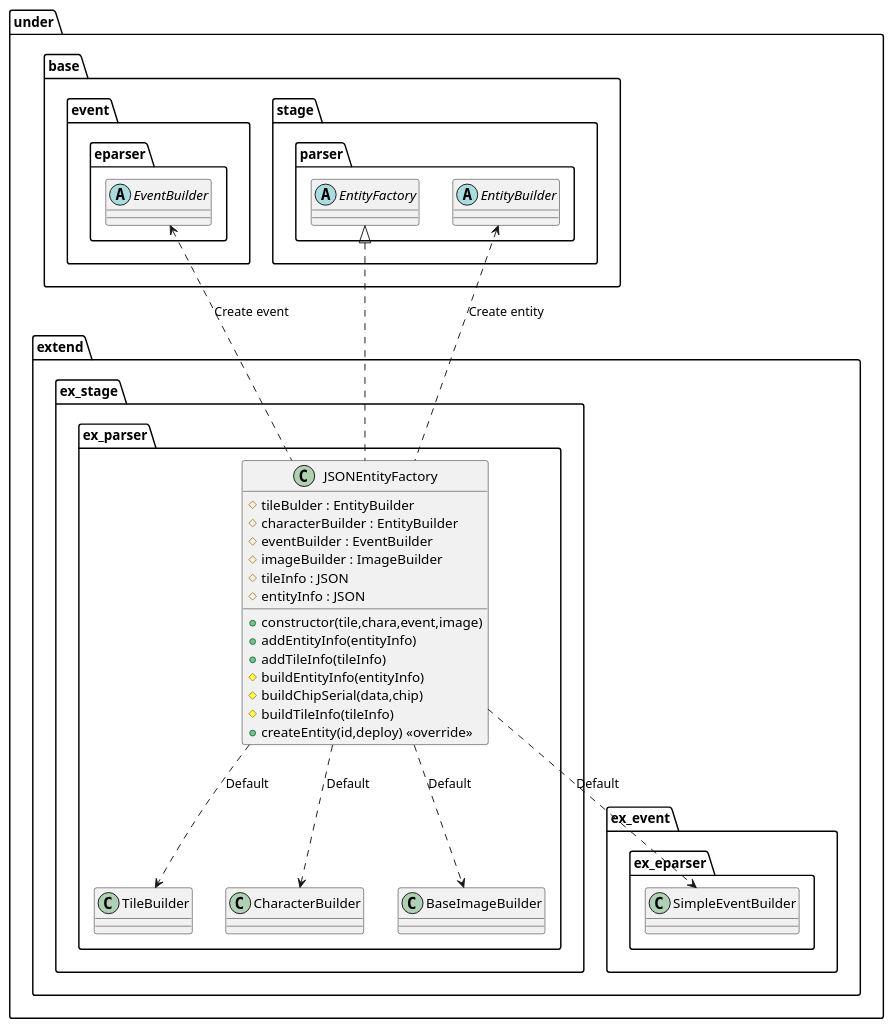
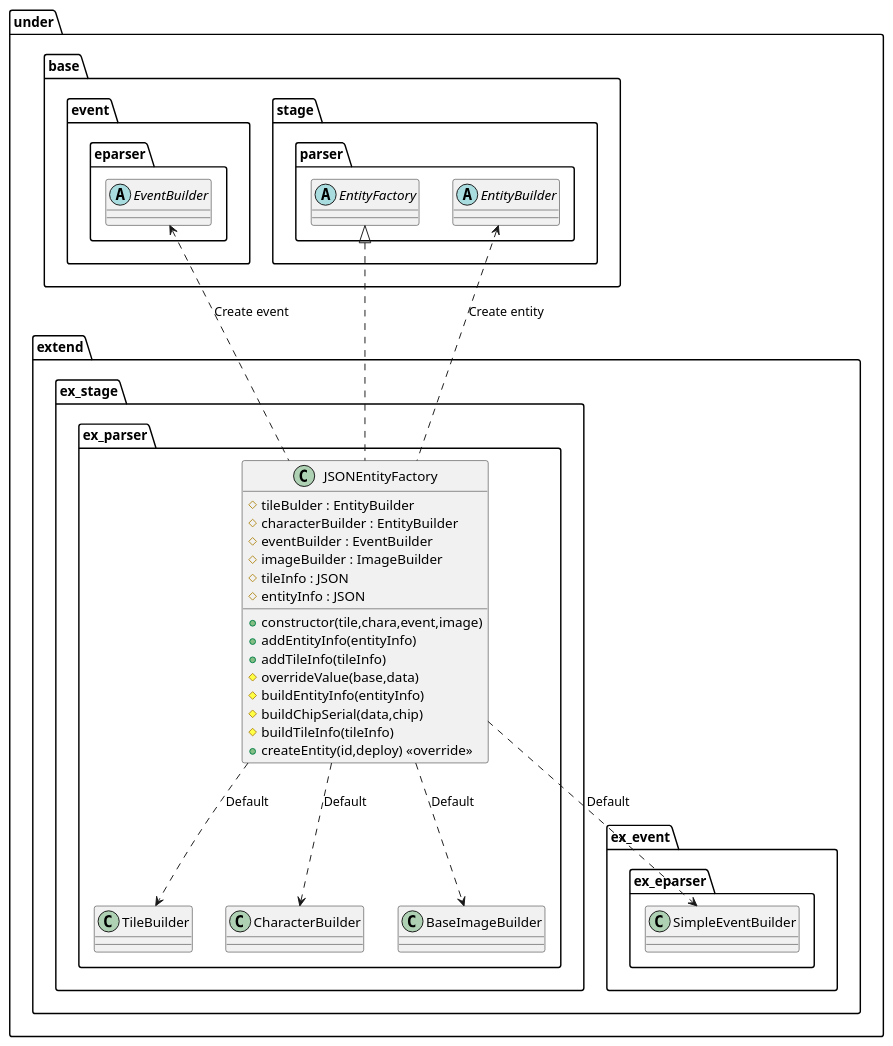
One commit to Expine/Under changed the diagram in uml/parser/Factory.wsd. Above: the diagram before and after it, drawn with PlantUML. The commit also changed 42 other files, not shown here.

```diff
--- a/uml/parser/Factory.wsd
+++ b/uml/parser/Factory.wsd
@@ -1,67 +1,68 @@
 @startuml ParserFactory
 
 package under {
     package extend {
         package ex_stage {
             package ex_parser {
                 class JSONEntityFactory {
                     +constructor(tile,chara,event,image)
                     #tileBulder : EntityBuilder
                     #characterBuilder : EntityBuilder
                     #eventBuilder : EventBuilder
                     #imageBuilder : ImageBuilder
                     #tileInfo : JSON
                     #entityInfo : JSON
                     +addEntityInfo(entityInfo)
                     +addTileInfo(tileInfo)
+                    #overrideValue(base,data)
                     #buildEntityInfo(entityInfo)
                     #buildChipSerial(data,chip)
                     #buildTileInfo(tileInfo)
                     +createEntity(id,deploy) <<override>>
                 }
             }
         }
     }
 }
 
 package under {
     package base {
         package event {
             package eparser {
                 abstract EventBuilder
             }
         }
         package stage {
             package parser {
                 abstract EntityFactory
                 abstract EntityBuilder
             }
         }
     }
     package extend {
         package ex_event {
             package ex_eparser {
                 class SimpleEventBuilder
             }
         }
         package ex_stage {
             package ex_parser {
                 class TileBuilder
                 class CharacterBuilder
                 class BaseImageBuilder
             }
         }
     }
 }
 
 EntityBuilder <.. JSONEntityFactory : Create entity
 EventBuilder <.. JSONEntityFactory : Create event
 
 JSONEntityFactory ..> TileBuilder : Default
 JSONEntityFactory ..> CharacterBuilder : Default
 JSONEntityFactory ..> SimpleEventBuilder : Default
 JSONEntityFactory ..> BaseImageBuilder : Default
 
 EntityFactory <|.. JSONEntityFactory
 
 @enduml
```
